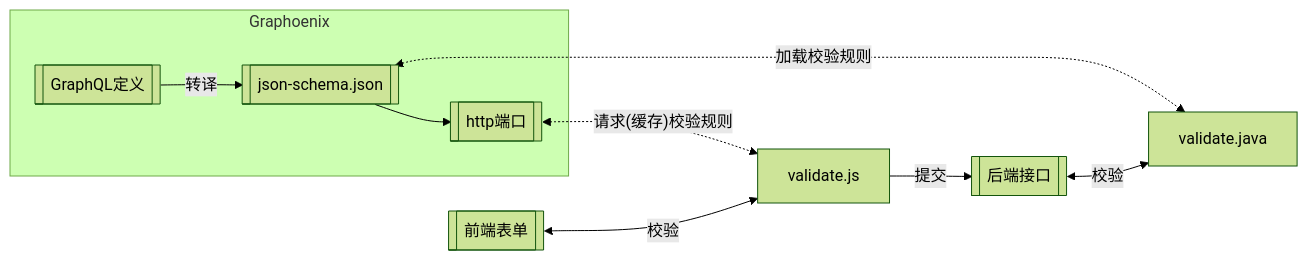
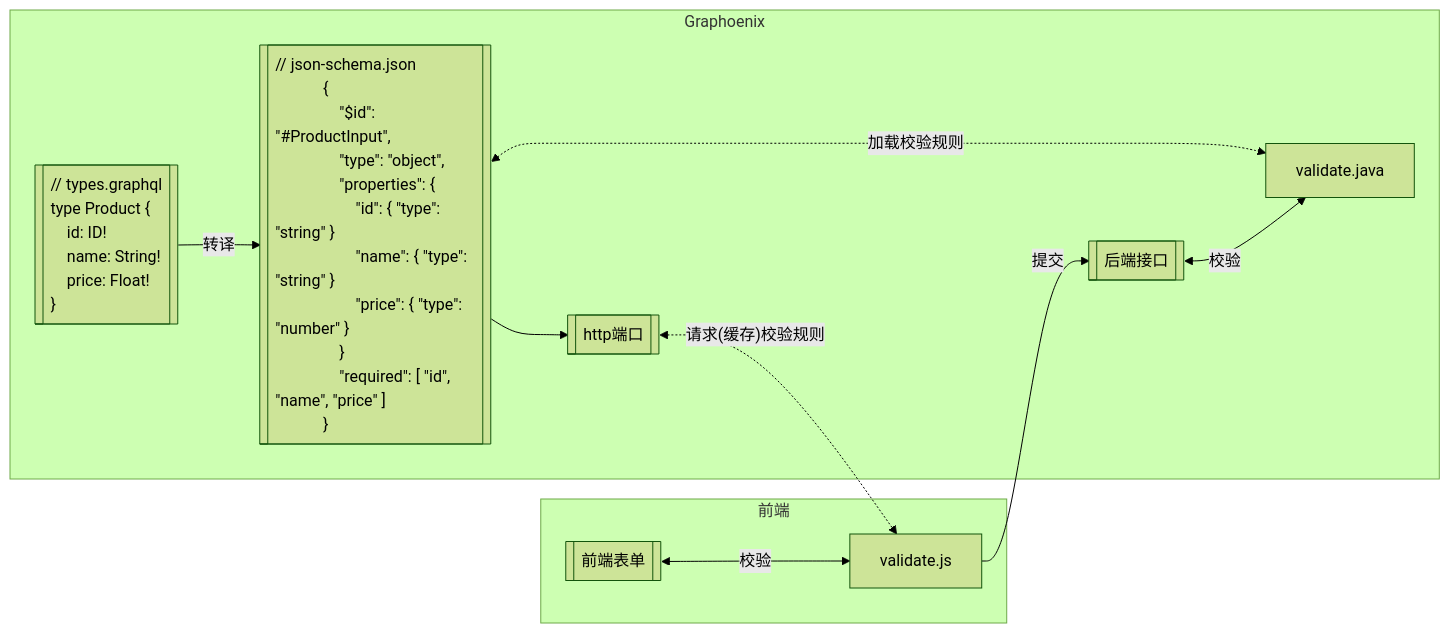
The seventh of 12 diagrams in docs/intro.md (doukai/gp-doc.github.io), drawn with Mermaid (forest theme) before and after one commit. The commit also changed other lines of this file, not shown here.

````diff
--- a/docs/intro.md
+++ b/docs/intro.md
@@ -114,10 +207,31 @@
 ```mermaid
 flowchart LR
     subgraph Graphoenix
-        schema[[GraphQL定义]] -- 转译 --> jsonSchema[[json-schema.json]] --> http[[http端口]]
+        func[[后端接口]]
+        java[validate.java]
+        schema[["// types.graphql
+            type Product {
+            &emsp;id: ID!
+            &emsp;name: String!
+            &emsp;price: Float!
+            }"]] -- 转译 --> jsonSchema[["// json-schema.json
+            {
+            &emsp;&quot;$id&quot;: &quot;#ProductInput&quot;,
+            &emsp;&quot;type&quot;: &quot;object&quot;,
+            &emsp;&quot;properties&quot;: {
+            &emsp;&emsp;&quot;id&quot;: { &quot;type&quot;: &quot;string&quot; }
+            &emsp;&emsp;&quot;name&quot;: { &quot;type&quot;: &quot;string&quot; }
+            &emsp;&emsp;&quot;price&quot;: { &quot;type&quot;: &quot;number&quot; }
+            &emsp;}
+            &emsp;&quot;required&quot;: [ &quot;id&quot;, &quot;name&quot;, &quot;price&quot; ]
+            }"]] --> http[[http端口]]
     end
-    http <-. 请求(缓存)校验规则 .-> js
-    jsonSchema <-. 加载校验规则 .-> java
-    form[[前端表单]] <-- 校验 --> js[validate.js]
-    js -- 提交 --> func[[后端接口]] <-- 校验 --> java[validate.java]
+    subgraph 前端
+        http <-. 请求(缓存)校验规则 .-> js
+        jsonSchema <-. 加载校验规则 .-> java
+        form[[前端表单]] <-- 校验 --> js[validate.js]
+        js -- 提交 --> func <-- 校验 --> java
+    end
+    style schema text-align:left
+    style jsonSchema text-align:left
 ```
````
